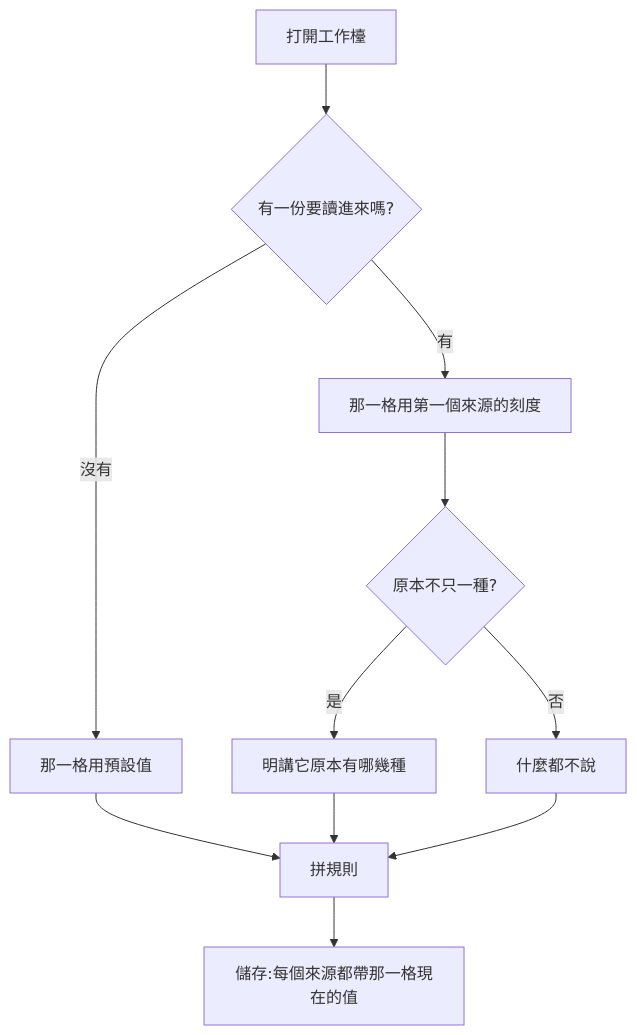
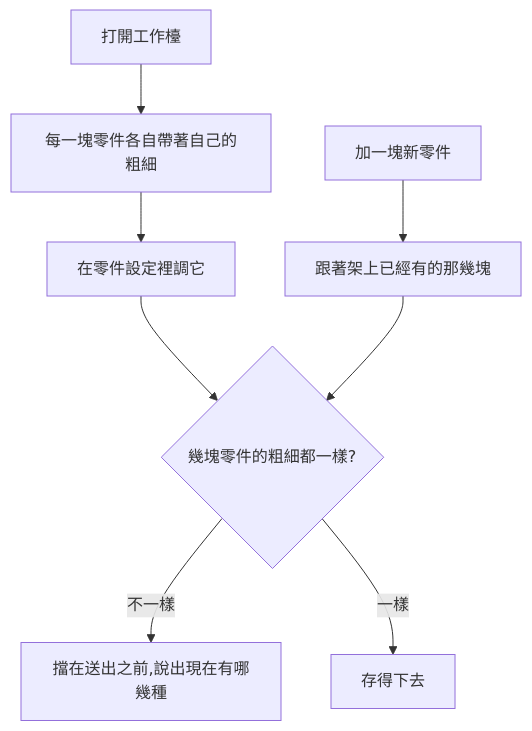
Before and after one commit to CodeMachine0121/go-trading-frontend: the diagram in .sdd/2026-09-17-shared-aggregation-coarseness/PRD.md, drawn with Mermaid. The commit also changed other lines of this file and 11 other files, not shown here.

````diff
--- a/.sdd/2026-09-17-shared-aggregation-coarseness/PRD.md
+++ b/.sdd/2026-09-17-shared-aggregation-coarseness/PRD.md
@@ -95,13 +109,10 @@
 ```mermaid
 flowchart TD
-    A[打開工作檯] --> B{有一份要讀進來嗎?}
-    B -->|沒有| C[那一格用預設值]
-    B -->|有| D[那一格用第一個來源的刻度]
-    D --> E{原本不只一種?}
-    E -->|是| F[明講它原本有哪幾種]
-    E -->|否| G[什麼都不說]
-    C --> H[拼規則]
-    F --> H
-    G --> H
-    H --> I[儲存:每個來源都帶那一格現在的值]
+    A[打開工作檯] --> B[每一塊零件各自帶著自己的粗細]
+    B --> C[在零件設定裡調它]
+    C --> D{幾塊零件的粗細都一樣?}
+    D -->|不一樣| E[擋在送出之前,說出現在有哪幾種]
+    D -->|一樣| F[存得下去]
+    G[加一塊新零件] --> H[跟著架上已經有的那幾塊]
+    H --> D
 ```
````
